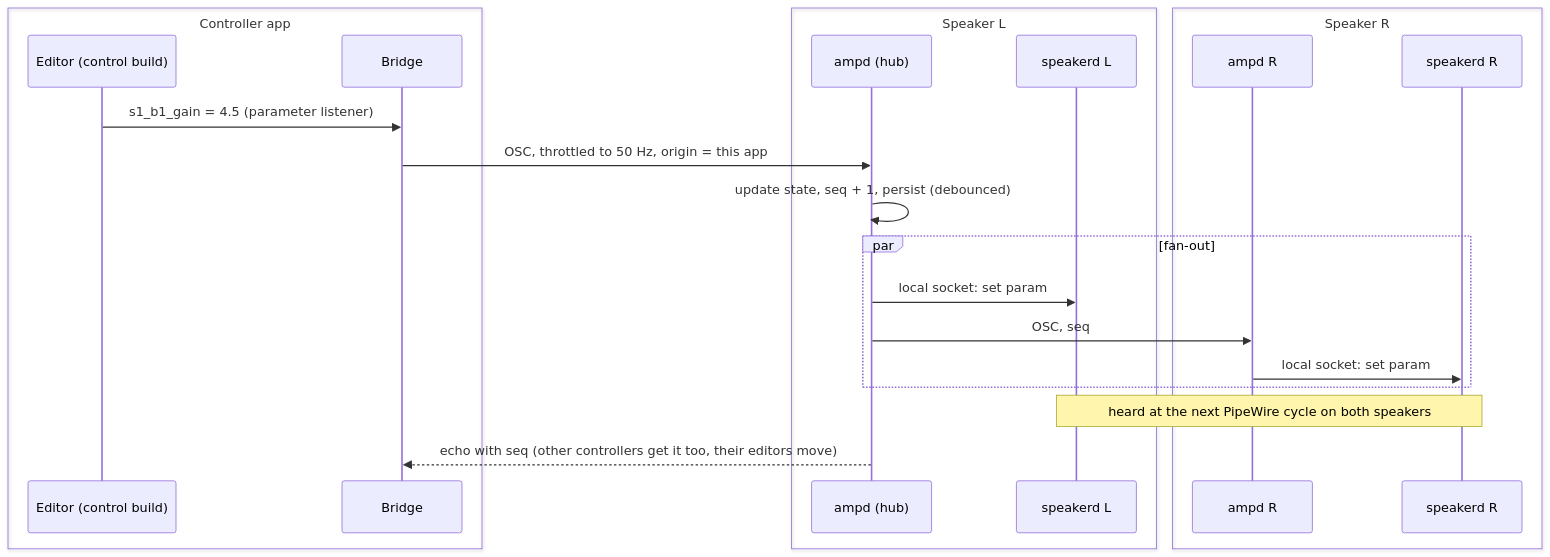
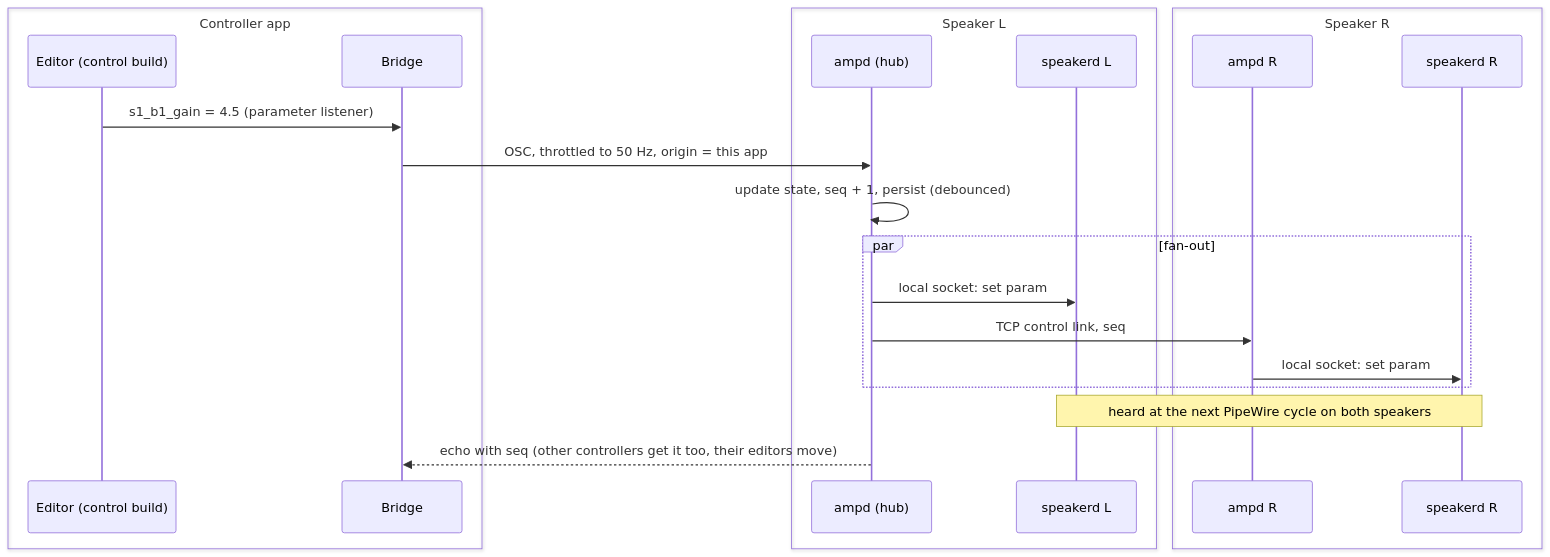
The fifth of 12 diagrams in docs/remote-plugin-host.md (AMuszkat/bpi_amp_platform), drawn with Mermaid before and after one commit. The commit also changed other lines of this file and 1 other file, not shown here.

````diff
--- a/docs/remote-plugin-host.md
+++ b/docs/remote-plugin-host.md
@@ -458,25 +458,25 @@
 ```mermaid
 sequenceDiagram
     box Controller app
         participant E as Editor (control build)
         participant B as Bridge
     end
     box Speaker L
         participant H as ampd (hub)
         participant SL as speakerd L
     end
     box Speaker R
         participant AR as ampd R
         participant SR as speakerd R
     end
     E->>B: s1_b1_gain = 4.5 (parameter listener)
     B->>H: OSC, throttled to 50 Hz, origin = this app
     H->>H: update state, seq + 1, persist (debounced)
     par fan-out
         H->>SL: local socket: set param
-        H->>AR: OSC, seq
+        H->>AR: TCP control link, seq
         AR->>SR: local socket: set param
     end
     Note over SL,SR: heard at the next PipeWire cycle on both speakers
     H-->>B: echo with seq (other controllers get it too, their editors move)
 ```
````
